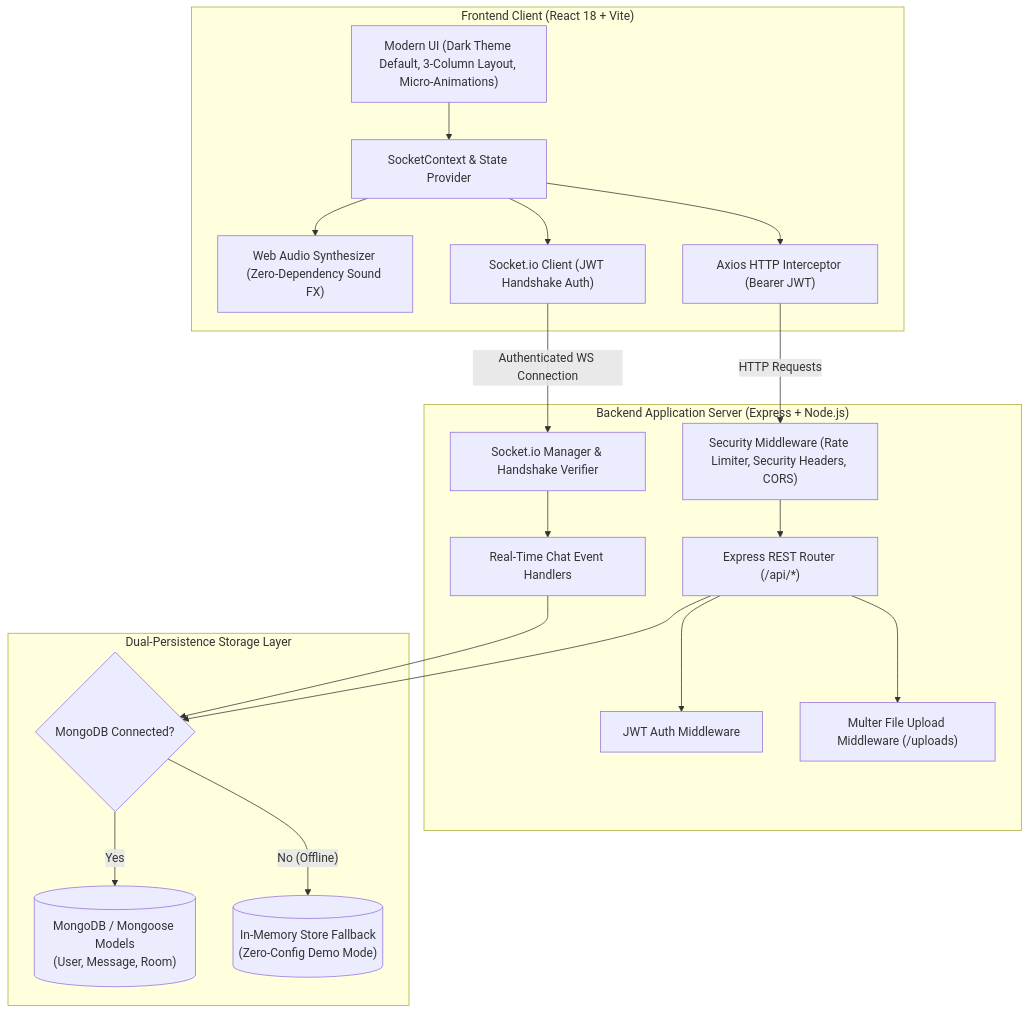
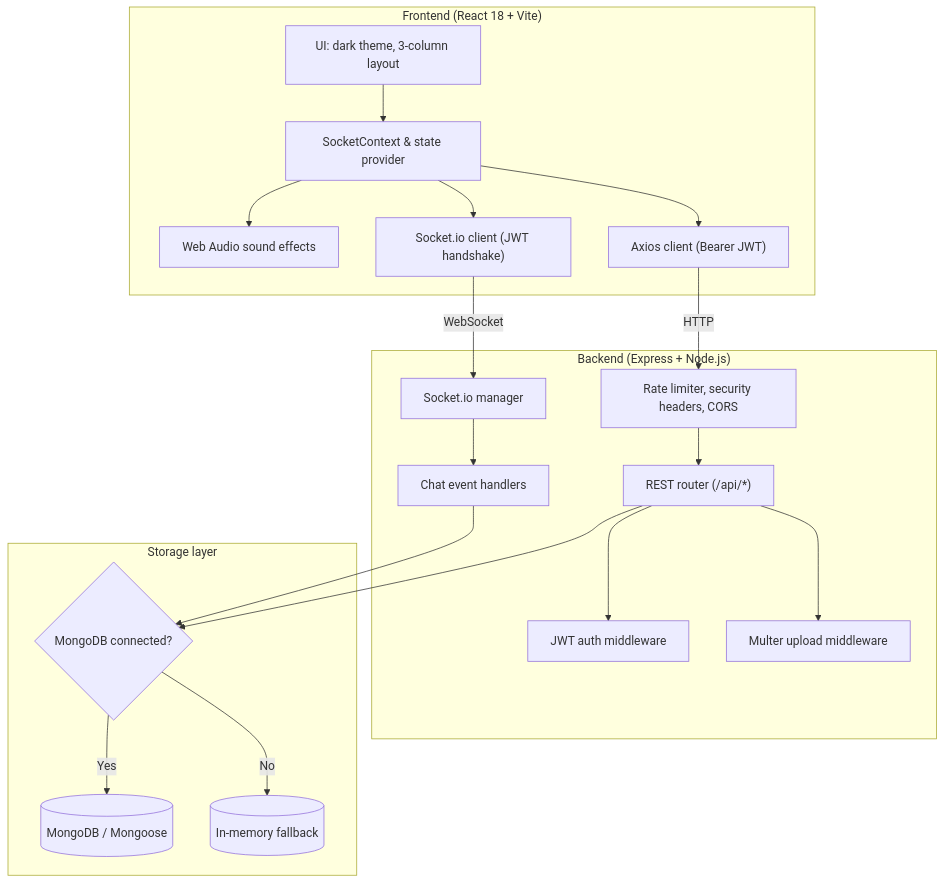
One commit to akanksharawat22/Nexa changed the diagram in README.md. Above: the diagram before and after it, drawn with Mermaid. The commit also changed other lines of this file and 9 other files, not shown here.

````diff
--- a/README.md
+++ b/README.md
@@ -50,42 +47,40 @@
 ```mermaid
 flowchart TD
-    subgraph Client["Frontend Client (React 18 + Vite)"]
-        UI["Modern UI (Dark Theme Default, 3-Column Layout, Micro-Animations)"]
-        SC["SocketContext & State Provider"]
-        Audio["Web Audio Synthesizer (Zero-Dependency Sound FX)"]
-        AxiosClient["Axios HTTP Interceptor (Bearer JWT)"]
-        SocketClient["Socket.io Client (JWT Handshake Auth)"]
+    subgraph Client["Frontend (React 18 + Vite)"]
+        UI["UI: dark theme, 3-column layout"]
+        SC["SocketContext & state provider"]
+        Audio["Web Audio sound effects"]
+        AxiosClient["Axios client (Bearer JWT)"]
+        SocketClient["Socket.io client (JWT handshake)"]
         UI --> SC
         SC --> Audio
         SC --> AxiosClient
         SC --> SocketClient
     end
 
-    subgraph Server["Backend Application Server (Express + Node.js)"]
-        Sec["Security Middleware (Rate Limiter, Security Headers, CORS)"]
-        Router["Express REST Router (/api/*)"]
-        AuthMid["JWT Auth Middleware"]
-        MulterMid["Multer File Upload Middleware (/uploads)"]
-        SockMgr["Socket.io Manager & Handshake Verifier"]
-        ChatHandler["Real-Time Chat Event Handlers"]
-        
+    subgraph Server["Backend (Express + Node.js)"]
+        Sec["Rate limiter, security headers, CORS"]
+        Router["REST router (/api/*)"]
+        AuthMid["JWT auth middleware"]
+        MulterMid["Multer upload middleware"]
+        SockMgr["Socket.io manager"]
+        ChatHandler["Chat event handlers"]
         Sec --> Router
         Router --> AuthMid
         Router --> MulterMid
         SockMgr --> ChatHandler
     end
 
-    subgraph Storage["Dual-Persistence Storage Layer"]
-        DBRouter{"MongoDB Connected?"}
-        Mongo[("MongoDB / Mongoose Models\n(User, Message, Room)")]
-        MemStore[("In-Memory Store Fallback\n(Zero-Config Demo Mode)")]
-        
+    subgraph Storage["Storage layer"]
+        DBRouter{"MongoDB connected?"}
+        Mongo[("MongoDB / Mongoose")]
+        MemStore[("In-memory fallback")]
         Router --> DBRouter
         ChatHandler --> DBRouter
         DBRouter -- Yes --> Mongo
-        DBRouter -- No (Offline) --> MemStore
+        DBRouter -- No --> MemStore
     end
 
-    AxiosClient -->|HTTP Requests| Sec
-    SocketClient -->|Authenticated WS Connection| SockMgr
+    AxiosClient -->|HTTP| Sec
+    SocketClient -->|WebSocket| SockMgr
 ```
````
